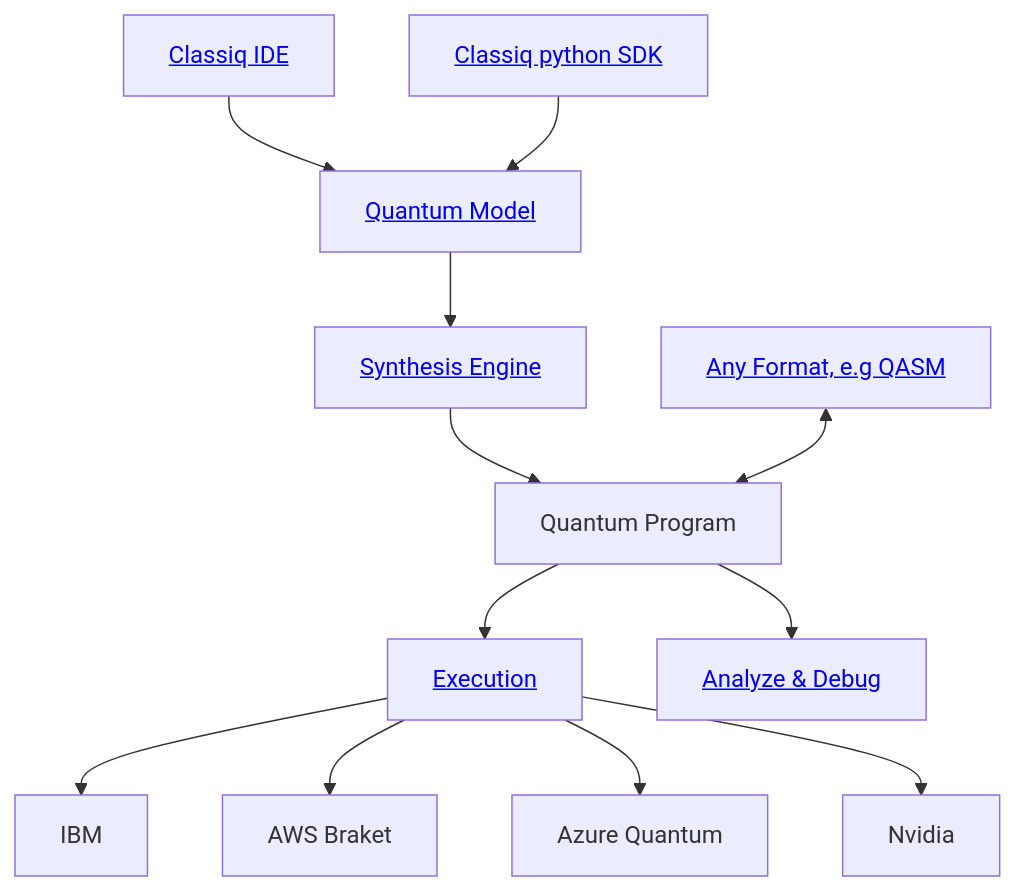
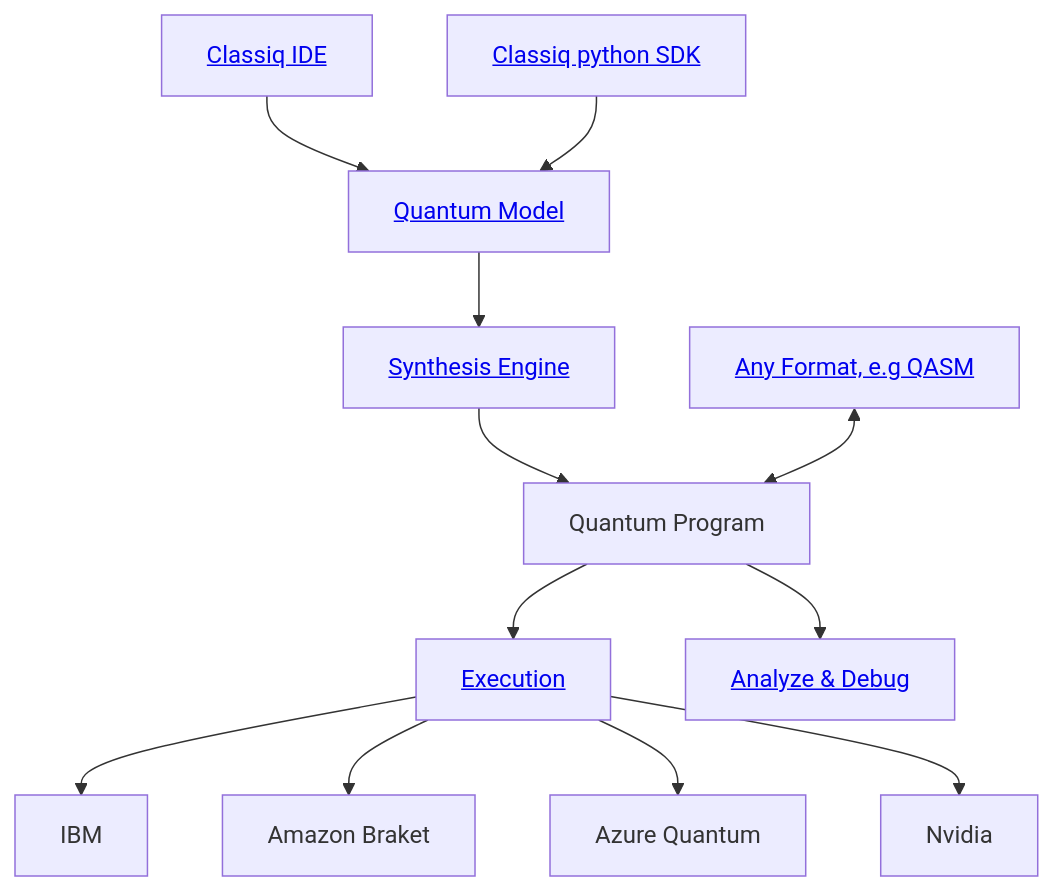
The diagram in README.md (Classiq/classiq-library), drawn with Mermaid before and after one commit.

Commit message:
typo: Update naming in README
The name is "Amazon Braket" and not "AWS Braket"

````diff
--- a/README.md
+++ b/README.md
@@ -9,40 +9,40 @@
 ```mermaid
 flowchart
     IDEInput[<a href='https://platform.classiq.io/'>Classiq IDE</a>]
 
     SDKInput[<a href='https://docs.classiq.io/latest/getting-started/python-sdk/'>Classiq python SDK</a>]
 
     Model[<a href='https://docs.classiq.io/latest/user-guide/platform/qmod/'>Quantum Model</a>]
 
     Synthesis[<a href='https://docs.classiq.io/latest/user-guide/platform/synthesis/'>Synthesis Engine</a>]
 
     QuantumProgram[Quantum Program]
 
     Execution[<a href='https://docs.classiq.io/latest/user-guide/platform/executor/'>Execution</a>]
 
     Analyze[<a href='https://docs.classiq.io/latest/user-guide/platform/analyzer/'>Analyze & Debug</a>]
 
     ExternalProgram[<a href='https://docs.classiq.io/latest/user-guide/platform/executor/alternative-formats/'>Any Format, e.g QASM</a>]
 
     IBM[IBM]
-    AWS[AWS Braket]
+    AWS[Amazon Braket]
     Azure[Azure Quantum]
     Nvidia[Nvidia]
 
 
     IDEInput --> Model;
     SDKInput --> Model;
     Model --> Synthesis;
     Synthesis --> QuantumProgram;
     ExternalProgram <--> QuantumProgram;
     QuantumProgram --> Analyze;
     QuantumProgram --> Execution;
     Execution --> IBM
     Execution --> AWS
     Execution --> Azure
     Execution --> Nvidia
 
 
 
 
 ```
````
